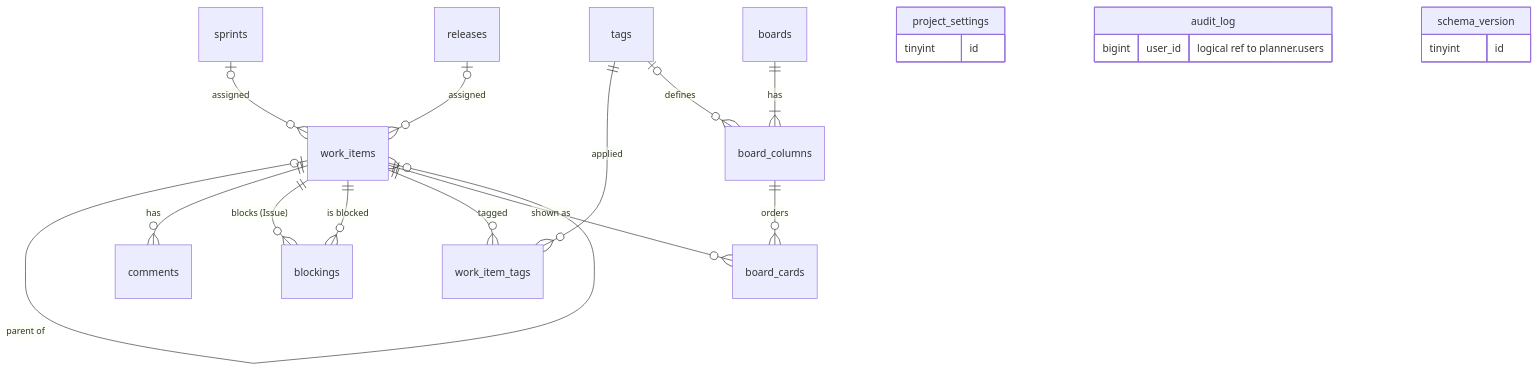
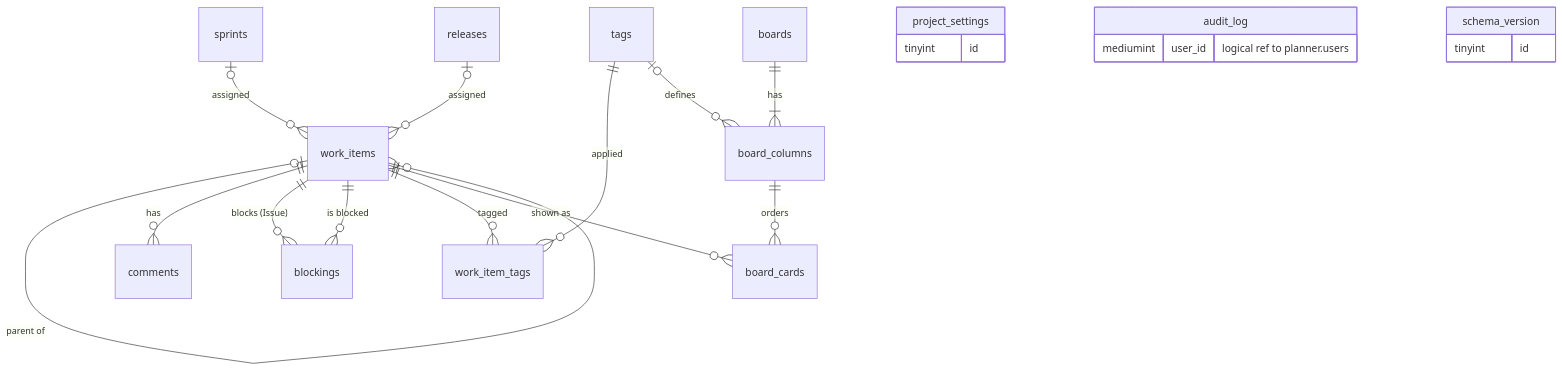
One commit to FlavioCFOliveira/planner changed the second of 2 diagrams in docs/technical-spec/domain-model.md. Above: the diagram before and after it, drawn with Mermaid. The commit also changed other lines of this file and 10 other files, not shown here.

First line of the commit message:
docs(technical-spec): complete architecture, security, API, CLI, operations and testing

````diff
--- a/docs/technical-spec/domain-model.md
+++ b/docs/technical-spec/domain-model.md
@@ -334,24 +362,24 @@
 ```mermaid
 erDiagram
     work_items |o--o{ work_items : "parent of"
     sprints |o--o{ work_items : "assigned"
     releases |o--o{ work_items : "assigned"
     work_items ||--o{ comments : "has"
     work_items ||--o{ blockings : "blocks (Issue)"
     work_items ||--o{ blockings : "is blocked"
     work_items ||--o{ work_item_tags : "tagged"
     tags ||--o{ work_item_tags : "applied"
     boards ||--|{ board_columns : "has"
     tags |o--o{ board_columns : "defines"
     board_columns ||--o{ board_cards : "orders"
     work_items ||--o{ board_cards : "shown as"
     project_settings {
         tinyint id
     }
     audit_log {
-        bigint user_id "logical ref to planner.users"
+        mediumint user_id "logical ref to planner.users"
     }
     schema_version {
         tinyint id
     }
 ```
````
